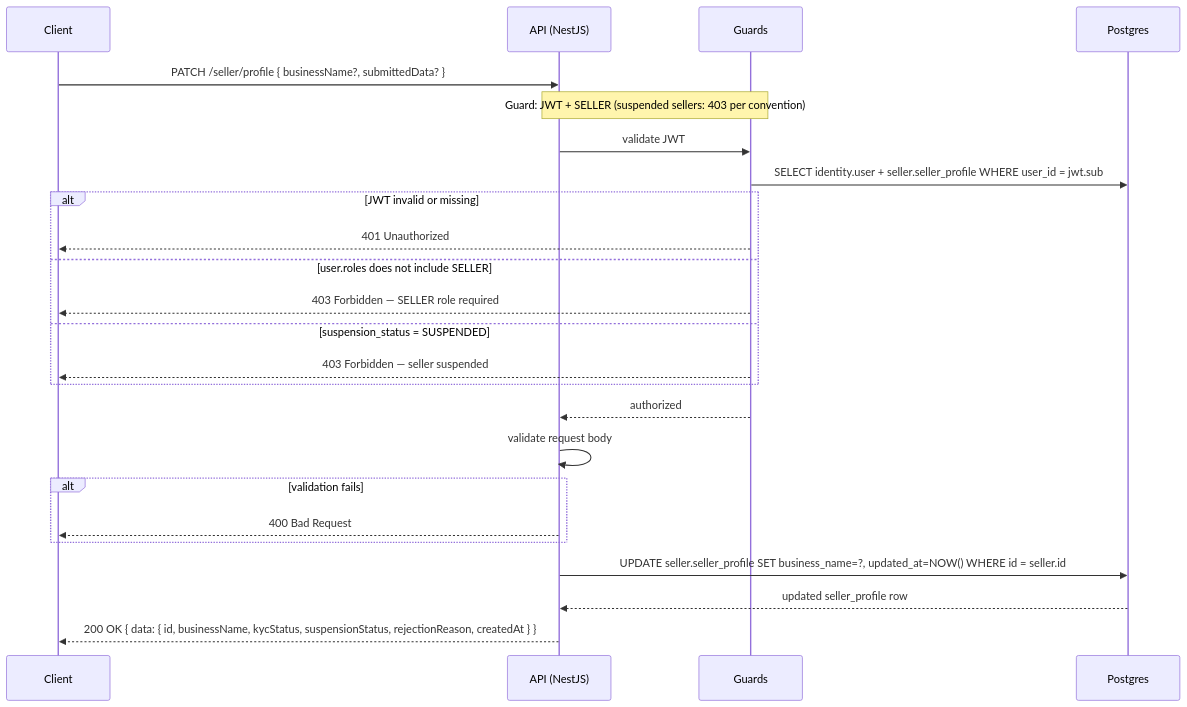
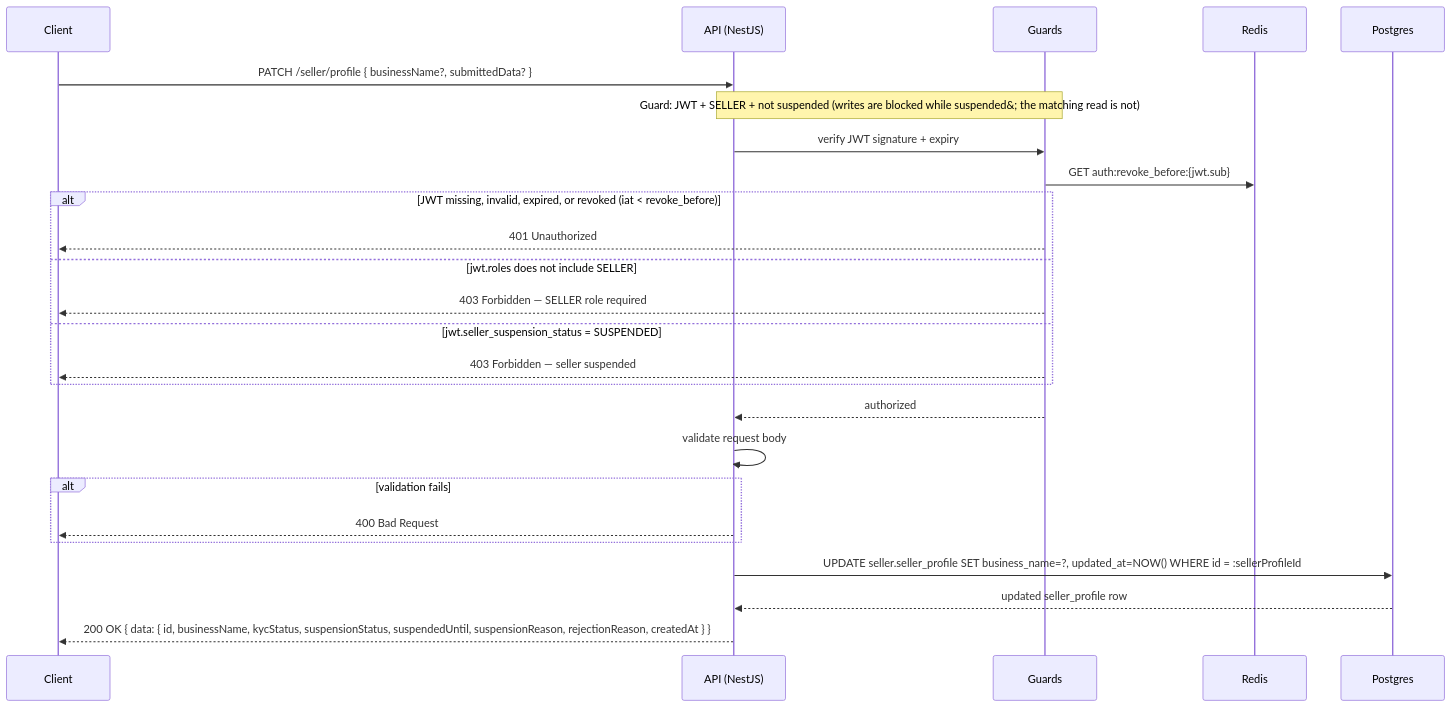
The fifth of 23 diagrams in phase-1/technical-design/api-design/seller.md (alisa-uthi/aliceut-ecom-document), drawn with Mermaid before and after one commit. The commit also changed other lines of this file and 73 other files, not shown here.

````diff
--- a/phase-1/technical-design/api-design/seller.md
+++ b/phase-1/technical-design/api-design/seller.md
@@ -287,30 +469,31 @@
 ```mermaid
 sequenceDiagram
     participant C as Client
     participant A as API (NestJS)
     participant G as Guards
+    participant R as Redis
     participant P as Postgres
 
     C->>A: PATCH /seller/profile { businessName?, submittedData? }
-    Note over A,G: Guard: JWT + SELLER (suspended sellers: 403 per convention)
-    A->>G: validate JWT
-    G->>P: SELECT identity.user + seller.seller_profile WHERE user_id = jwt.sub
-    alt JWT invalid or missing
+    Note over A,G: Guard: JWT + SELLER + not suspended (writes are blocked while suspended&#59; the matching read is not)
+    A->>G: verify JWT signature + expiry
+    G->>R: GET auth:revoke_before:{jwt.sub}
+    alt JWT missing, invalid, expired, or revoked (iat < revoke_before)
         G-->>C: 401 Unauthorized
-    else user.roles does not include SELLER
+    else jwt.roles does not include SELLER
         G-->>C: 403 Forbidden — SELLER role required
-    else suspension_status = SUSPENDED
+    else jwt.seller_suspension_status = SUSPENDED
         G-->>C: 403 Forbidden — seller suspended
     end
     G-->>A: authorized
 
     A->>A: validate request body
     alt validation fails
         A-->>C: 400 Bad Request
     end
 
-    A->>P: UPDATE seller.seller_profile SET business_name=?, updated_at=NOW() WHERE id = seller.id
+    A->>P: UPDATE seller.seller_profile SET business_name=?, updated_at=NOW() WHERE id = :sellerProfileId
     P-->>A: updated seller_profile row
 
-    A-->>C: 200 OK { data: { id, businessName, kycStatus, suspensionStatus, rejectionReason, createdAt } }
+    A-->>C: 200 OK { data: { id, businessName, kycStatus, suspensionStatus, suspendedUntil, suspensionReason, rejectionReason, createdAt } }
 ```
````
